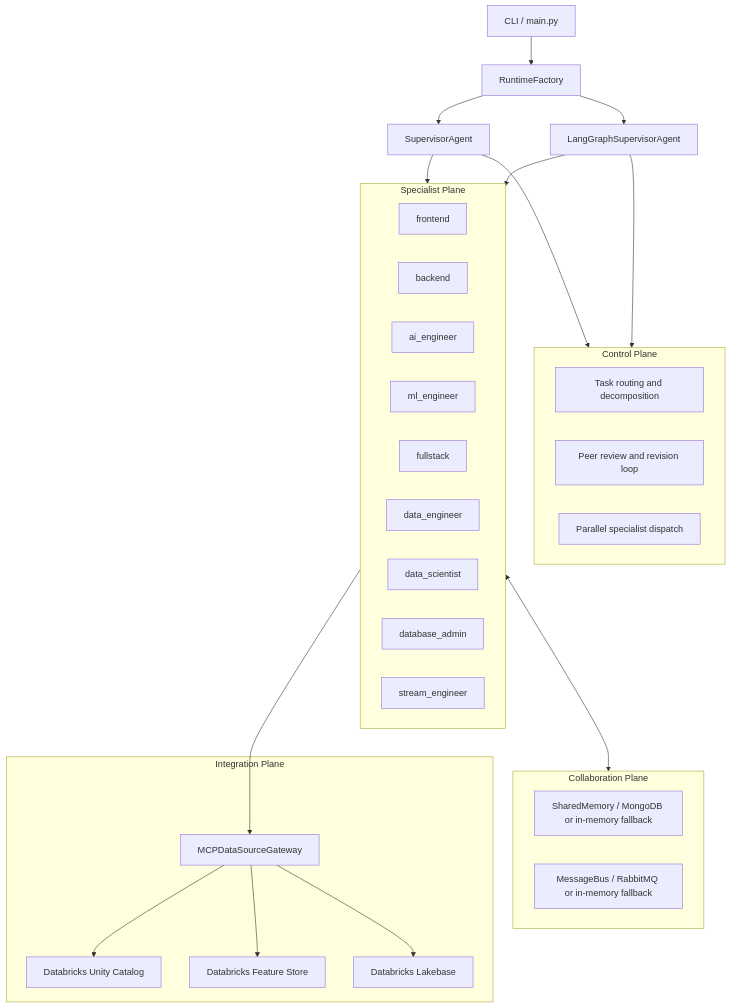
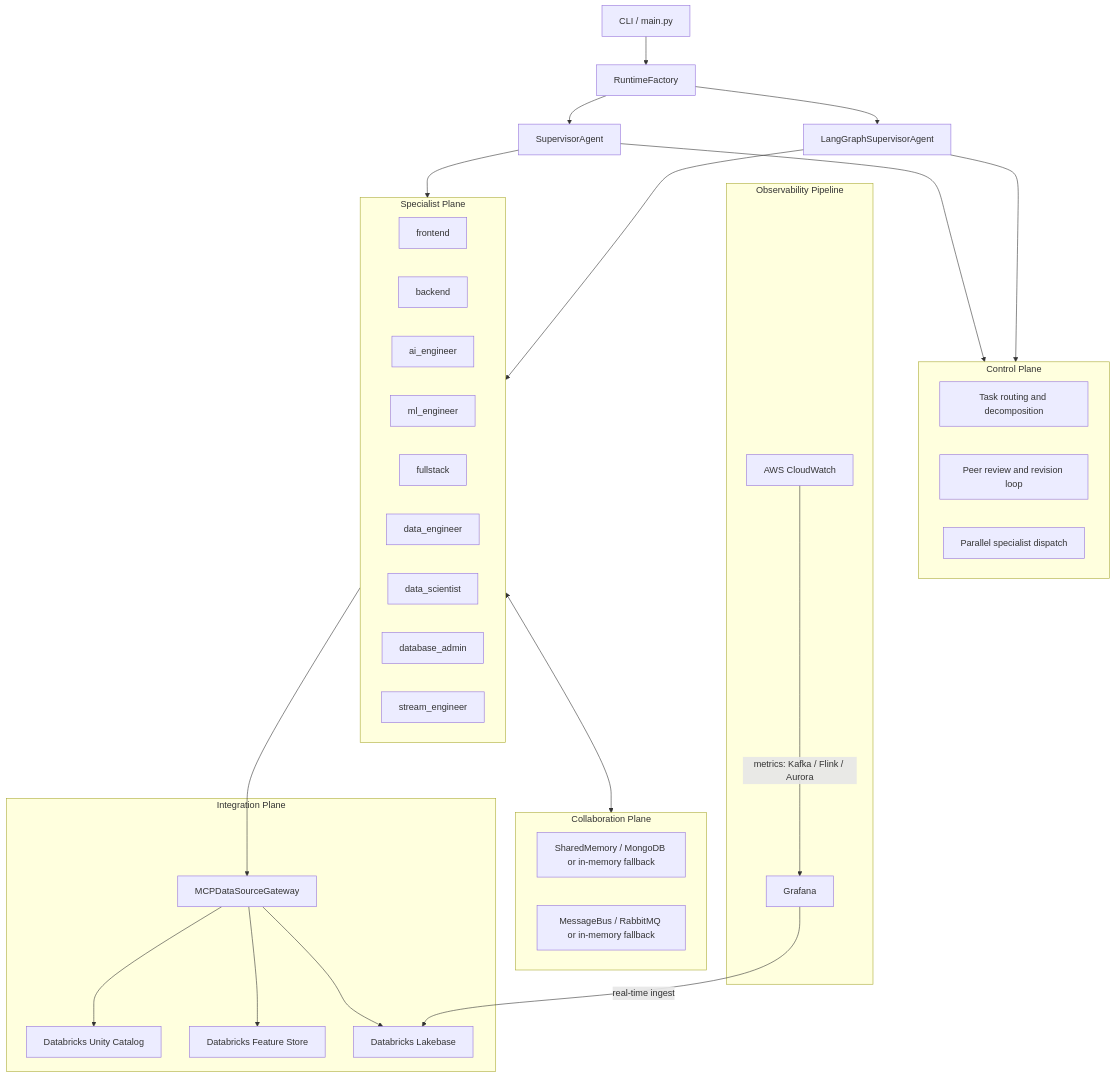
One commit to wchen-dea/Agentic-AI-Platform-on-Databricks changed the first of 4 diagrams in docs/architecture.md. Above: the diagram before and after it, drawn with Mermaid. The commit also changed other lines of this file and 7 other files, not shown here.

````diff
--- a/docs/architecture.md
+++ b/docs/architecture.md
@@ -14,50 +14,57 @@
 ```mermaid
 flowchart TB
   cli[CLI / main.py]
   rt[RuntimeFactory]
   sup[SupervisorAgent]
   lgs[LangGraphSupervisorAgent]
 
   subgraph control[Control Plane]
     routing[Task routing and decomposition]
     review[Peer review and revision loop]
     parallel[Parallel specialist dispatch]
   end
 
   subgraph specialists[Specialist Plane]
     fe[frontend]
     be[backend]
     ai[ai_engineer]
     ml[ml_engineer]
     fs[fullstack]
     de[data_engineer]
     ds[data_scientist]
     dba[database_admin]
     se[stream_engineer]
   end
 
   subgraph collaboration[Collaboration Plane]
     mem[SharedMemory / MongoDB or in-memory fallback]
     bus[MessageBus / RabbitMQ or in-memory fallback]
   end
 
   subgraph integration[Integration Plane]
     mcp[MCPDataSourceGateway]
     dsu[Databricks Unity Catalog]
     dsf[Databricks Feature Store]
     dsl[Databricks Lakebase]
   end
 
+  subgraph observability[Observability Pipeline]
+    cw[AWS CloudWatch]
+    grf[Grafana]
+  end
+
   cli --> rt
   rt --> sup
   rt --> lgs
   sup --> control
   lgs --> control
   sup --> specialists
   lgs --> specialists
   specialists <--> collaboration
   specialists --> mcp
   mcp --> dsu
   mcp --> dsf
   mcp --> dsl
+  cw -->|metrics: Kafka / Flink / Aurora| grf
+  grf -->|real-time ingest| dsl
 ```
````
